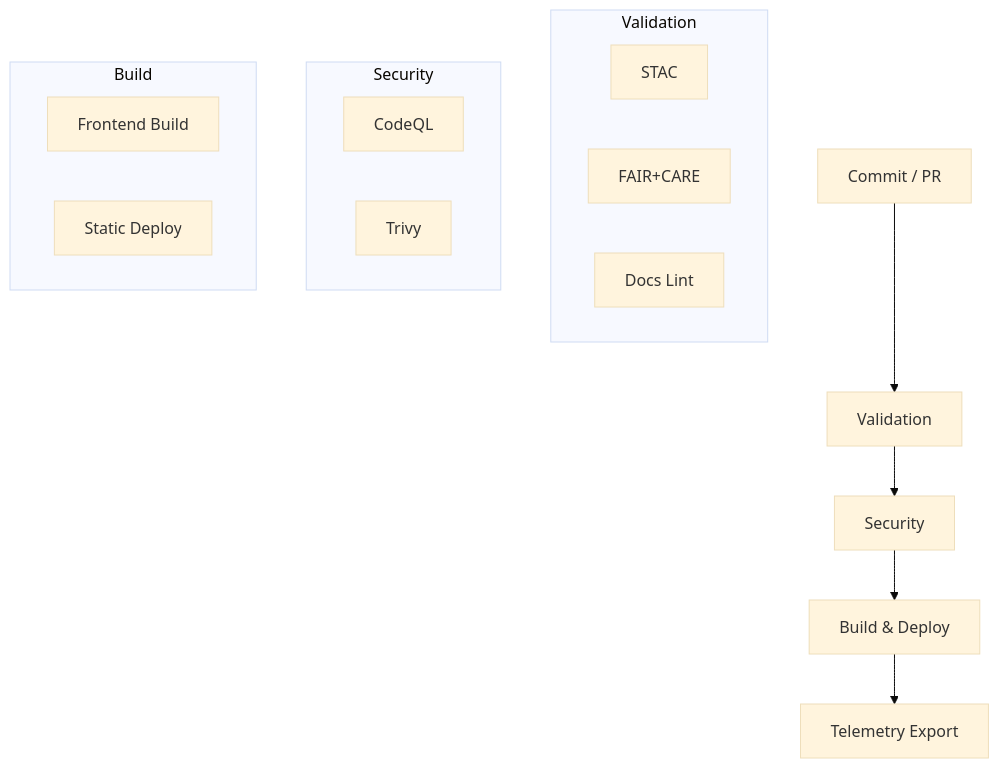
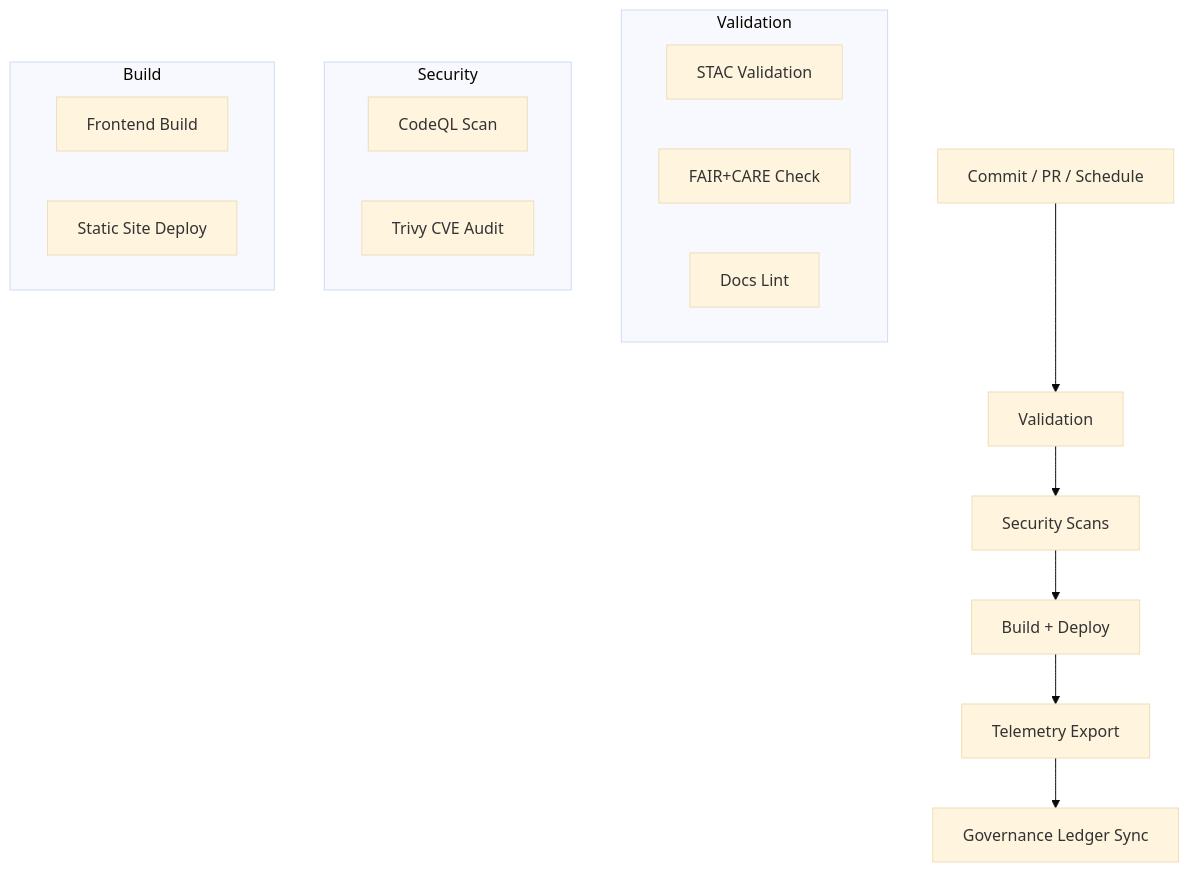
The diagram in .github/ARCHITECTURE.md (bartytime4life/Kansas-Frontier-Matrix), drawn with Mermaid (base theme) before and after one commit. The commit also changed other lines of this file, not shown here.

First line of the commit message:
Upgrade architecture documentation to v10.0.0

````diff
--- a/.github/ARCHITECTURE.md
+++ b/.github/ARCHITECTURE.md
@@ -86,23 +97,24 @@
 ```mermaid
 flowchart TD
-A["Commit / PR"] --> B["Validation"]
-B --> C["Security"]
-C --> D["Build & Deploy"]
+A["Commit / PR / Schedule"] --> B["Validation"]
+B --> C["Security Scans"]
+C --> D["Build + Deploy"]
 D --> E["Telemetry Export"]
+E --> F["Governance Ledger Sync"]
 
 subgraph Validation
-B1["STAC"]
-B2["FAIR+CARE"]
+B1["STAC Validation"]
+B2["FAIR+CARE Check"]
 B3["Docs Lint"]
 end
 
 subgraph Security
-C1["CodeQL"]
-C2["Trivy"]
+C1["CodeQL Scan"]
+C2["Trivy CVE Audit"]
 end
 
 subgraph Build
 D1["Frontend Build"]
-D2["Static Deploy"]
+D2["Static Site Deploy"]
 end
 ```
````
